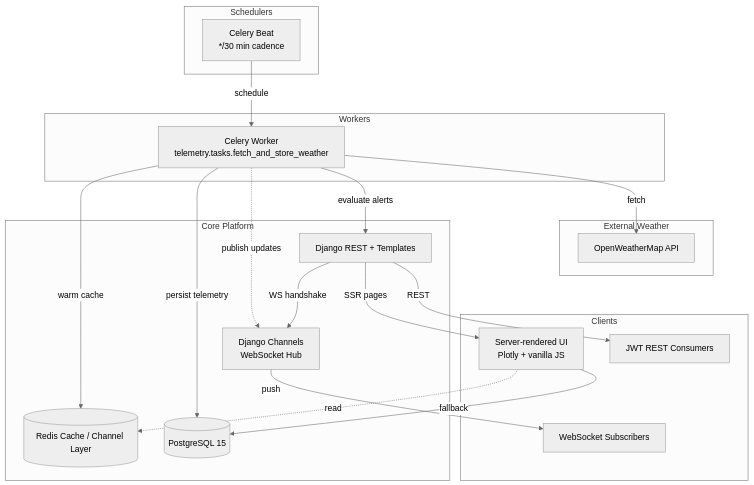
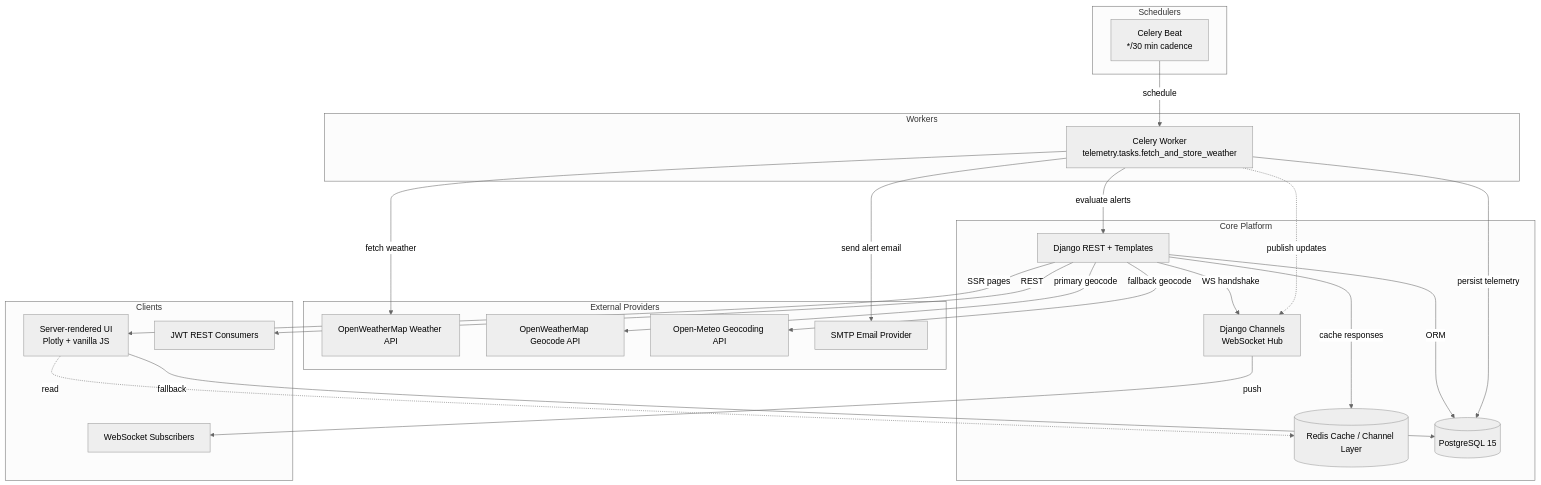
One commit to dgsglryz/space-weather-monitoring-platform changed the diagram in docs/architecture.mmd. Above: the diagram before and after it, drawn with Mermaid (neutral theme). The commit also changed 2 other files, not shown here.

```diff
--- a/docs/architecture.mmd
+++ b/docs/architecture.mmd
@@ -1,39 +1,46 @@
 %% Space Weather Monitoring Platform - High Level Diagram
 graph TB
-    subgraph "External Weather"
-        OWM[OpenWeatherMap API]
+    subgraph "External Providers"
+        OWM_WEATHER[OpenWeatherMap Weather API]
+        OWM_GEOCODE[OpenWeatherMap Geocode API]
+        OPENMETEO[Open-Meteo Geocoding API]
+        SMTP[SMTP Email Provider]
     end
 
     subgraph "Schedulers"
         BEAT[Celery Beat\n*/30 min cadence]
     end
 
     subgraph "Workers"
         WORKER[Celery Worker\ntelemetry.tasks.fetch_and_store_weather]
     end
 
     subgraph "Core Platform"
         DJANGO[Django REST + Templates]
         CHANNELS[Django Channels\nWebSocket Hub]
         CACHE[(Redis Cache / Channel Layer)]
         DB[(PostgreSQL 15)]
     end
 
     subgraph "Clients"
         SSR[Server-rendered UI\nPlotly + vanilla JS]
         API[JWT REST Consumers]
         WS[WebSocket Subscribers]
     end
 
     BEAT -->|schedule| WORKER
-    WORKER -->|fetch| OWM
+    WORKER -->|fetch weather| OWM_WEATHER
     WORKER -->|persist telemetry| DB
     WORKER -->|evaluate alerts| DJANGO
     WORKER -.->|publish updates| CHANNELS
-    WORKER -->|warm cache| CACHE
+    WORKER -->|send alert email| SMTP
+    DJANGO -->|primary geocode| OWM_GEOCODE
+    DJANGO -->|fallback geocode| OPENMETEO
+    DJANGO -->|cache responses| CACHE
+    DJANGO -->|ORM| DB
     DJANGO -->|REST| API
     DJANGO -->|SSR pages| SSR
     DJANGO -->|WS handshake| CHANNELS
     CHANNELS -->|push| WS
     SSR -.->|read| CACHE
     SSR -->|fallback| DB
```
